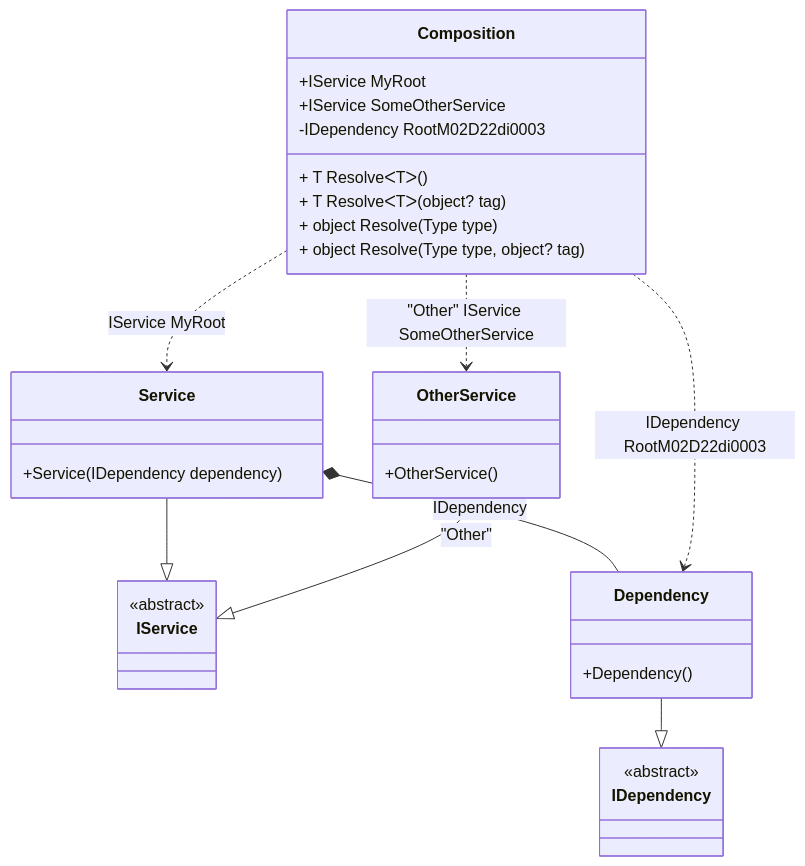
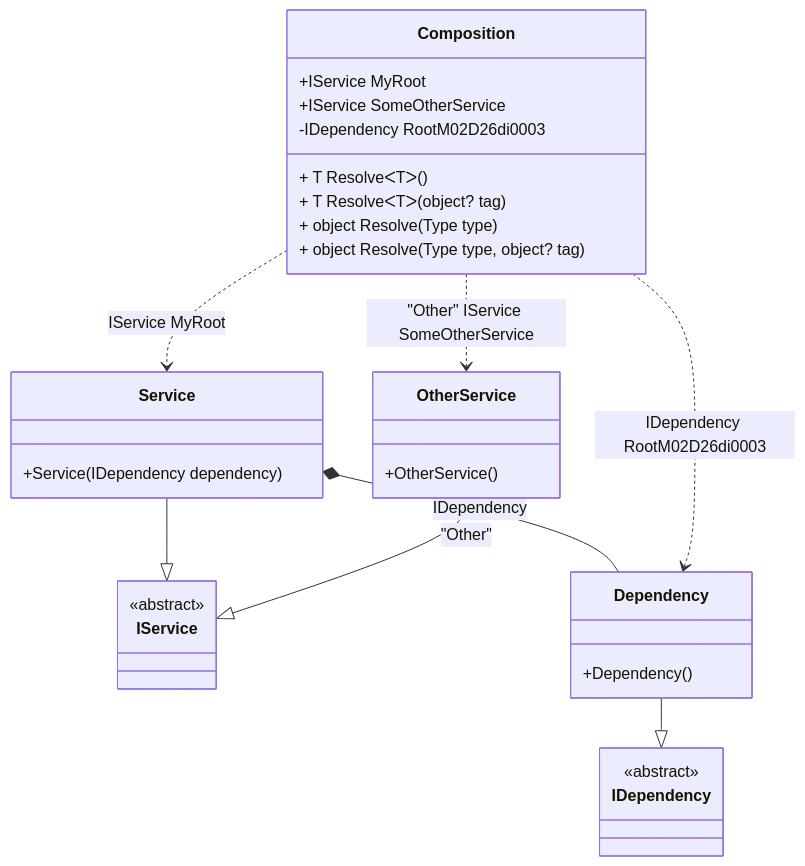
Before and after one commit to DevTeam/Pure.DI: the diagram in readme/composition-roots.md, drawn with Mermaid. The commit also changed other lines of this file and 69 other files, not shown here.

````diff
--- a/readme/composition-roots.md
+++ b/readme/composition-roots.md
@@ -66,34 +66,34 @@
 ```mermaid
 classDiagram
   class Composition {
     +IService MyRoot
     +IService SomeOtherService
-    -IDependency RootM02D22di0003
+    -IDependency RootM02D26di0003
     + T ResolveᐸTᐳ()
     + T ResolveᐸTᐳ(object? tag)
     + object Resolve(Type type)
     + object Resolve(Type type, object? tag)
   }
   Service --|> IService : 
   class Service {
     +Service(IDependency dependency)
   }
   OtherService --|> IService : "Other" 
   class OtherService {
     +OtherService()
   }
   Dependency --|> IDependency : 
   class Dependency {
     +Dependency()
   }
   class IService {
     <<abstract>>
   }
   class IDependency {
     <<abstract>>
   }
   Service *--  Dependency : IDependency
   Composition ..> Service : IService MyRoot
   Composition ..> OtherService : "Other" IService SomeOtherService
-  Composition ..> Dependency : IDependency RootM02D22di0003
+  Composition ..> Dependency : IDependency RootM02D26di0003
 ```
````
